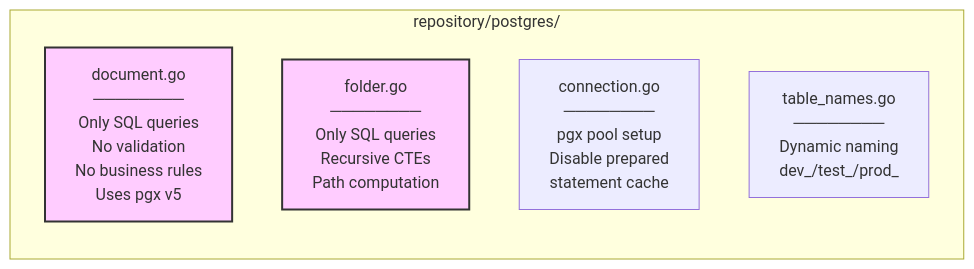
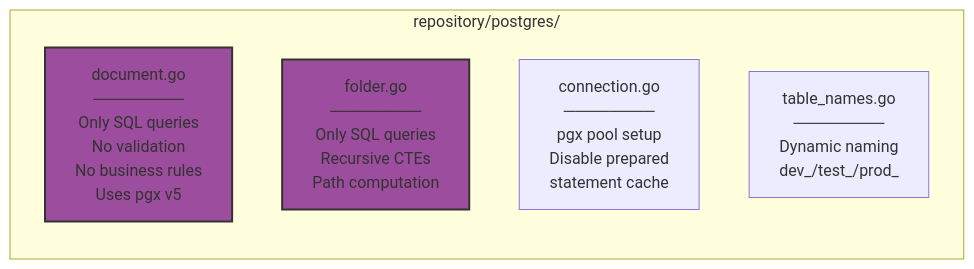
The eighth of 13 diagrams in _docs/technical/backend/clean-architecture-guide.md (haowjy/meridian), drawn with Mermaid before and after one commit. The commit also changed other lines of this file and 40 other files, not shown here.

````diff
--- a/_docs/technical/backend/clean-architecture-guide.md
+++ b/_docs/technical/backend/clean-architecture-guide.md
@@ -436,15 +436,15 @@
 ```mermaid
 graph LR
     subgraph "repository/postgres/"
         Doc[document.go<br/>────────<br/>Only SQL queries<br/>No validation<br/>No business rules<br/>Uses pgx v5]
 
         Folder[folder.go<br/>────────<br/>Only SQL queries<br/>Recursive CTEs<br/>Path computation]
 
         Conn[connection.go<br/>────────<br/>pgx pool setup<br/>Disable prepared<br/>statement cache]
 
         Tables[table_names.go<br/>────────<br/>Dynamic naming<br/>dev_/test_/prod_]
     end
 
-    style Doc fill:#fcf,stroke:#333,stroke-width:2px
-    style Folder fill:#fcf,stroke:#333,stroke-width:2px
+    style Doc fill:#9d4d9d,stroke:#333,stroke-width:2px
+    style Folder fill:#9d4d9d,stroke:#333,stroke-width:2px
 ```
````
